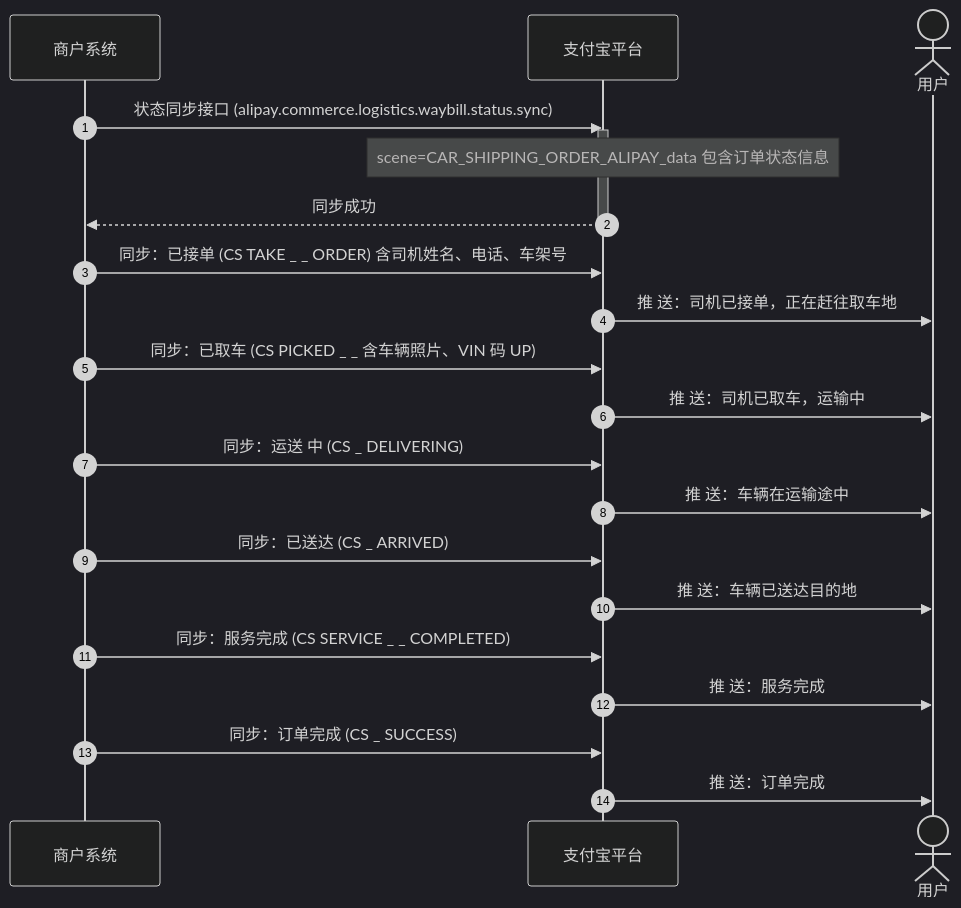
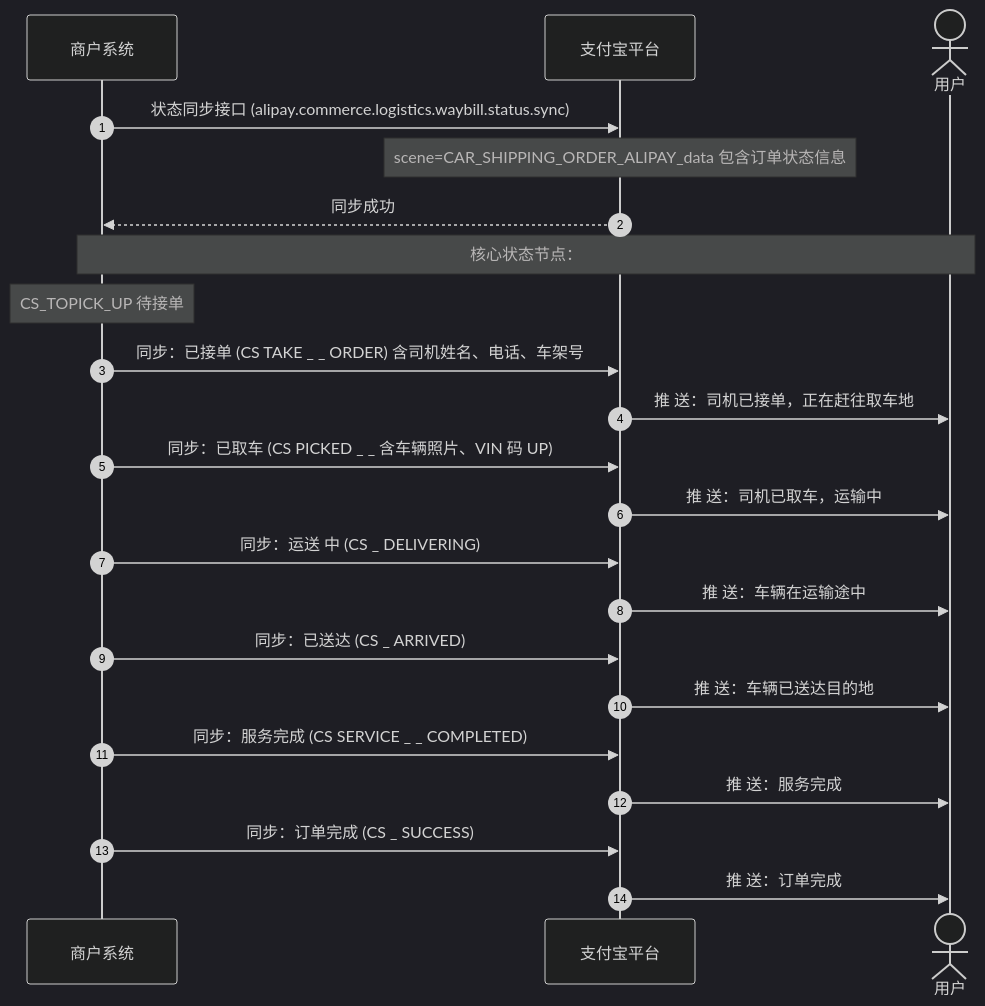
The diagram in notes/订单状态同步时序_4997c745-c344-4a00-aecc-c93ea21a179e.md (pingpm/mermaid_vault), drawn with Mermaid (dark theme) before and after one commit. The commit also changed 2 other files, not shown here.

Commit message:
Sync Mermaid Studio data (9 diagrams)

````diff
--- a/notes/订单状态同步时序_4997c745-c344-4a00-aecc-c93ea21a179e.md
+++ b/notes/订单状态同步时序_4997c745-c344-4a00-aecc-c93ea21a179e.md
@@ -3,25 +3,25 @@
 ```mermaid
 sequenceDiagram
   autonumber
   participant p0 as 商户系统
   participant p1 as 支付宝平台
   actor p2 as 用户
   p0->>p1: 状态同步接⼝ (alipay.commerce.logistics.waybill.status.sync)
-  activate p1
   Note over p1: scene=CAR_SHIPPING_ORDER_ALIPAY_data 包含订单状态信息
   p1-->>p0: 同步成功
-  deactivate p1
+  Note over p0,p2: 核⼼状态节点：
+  Note over p0: CS_TOPICK_UP 待接单
   p0->>p1: 同步：已接单 (CS TAKE _ _ ORDER) 含司机姓名、电话、⻋架号
   p1->>p2: 推 送：司机已接单，正在赶往取⻋地
   p0->>p1: 同步：已取⻋ (CS PICKED _ _ 含⻋辆照⽚、VIN 码 UP)
   p1->>p2: 推 送：司机已取⻋，运输中
   p0->>p1: 同步：运送 中 (CS _ DELIVERING)
   p1->>p2: 推 送：⻋辆在运输途中
   p0->>p1: 同步：已送达 (CS _ ARRIVED)
   p1->>p2: 推 送：⻋辆已送达⽬的地
   p0->>p1: 同步：服务完成 (CS SERVICE _ _ COMPLETED)
   p1->>p2: 推 送：服务完成
   p0->>p1: 同步：订单完成 (CS _ SUCCESS)
   p1->>p2: 推 送：订单完成
 
 ```
````
